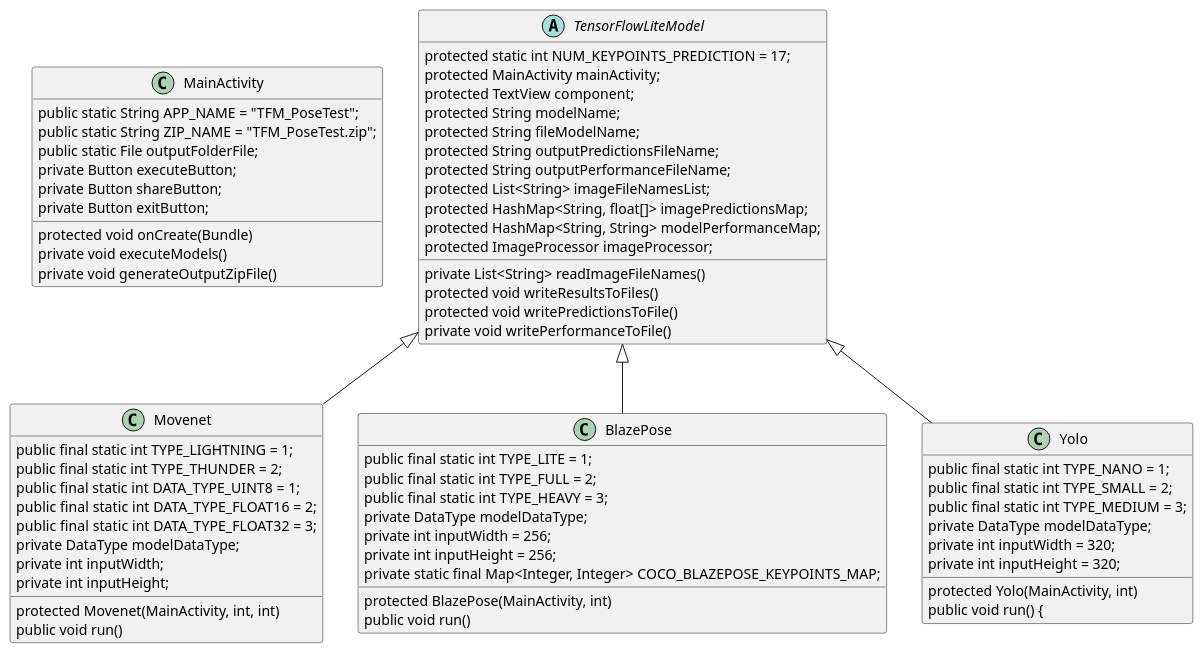
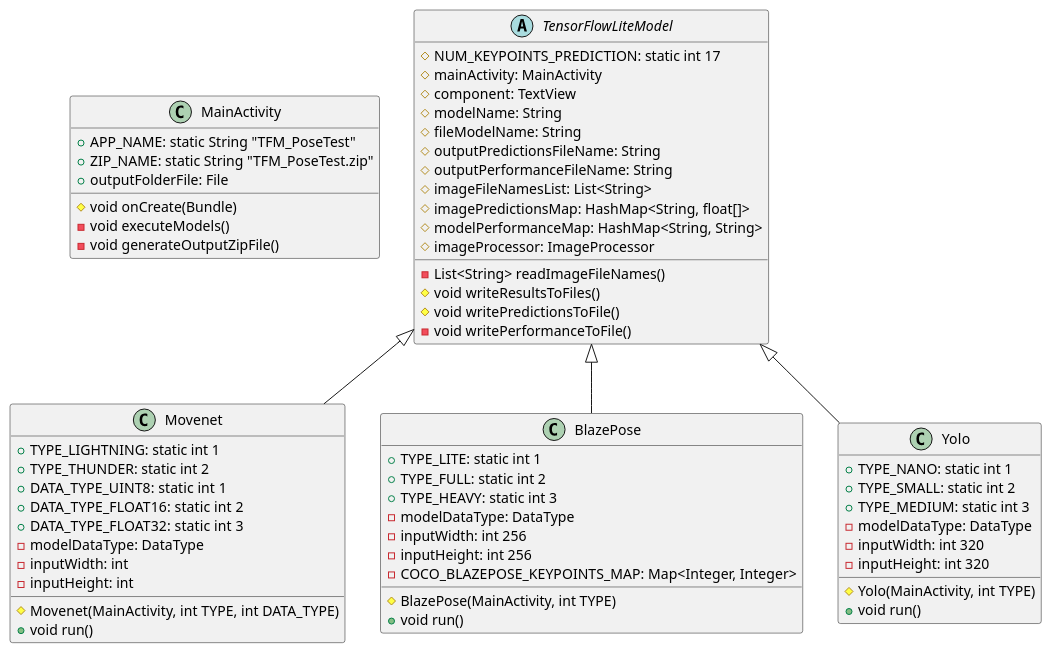
One commit to jr-gh/TFM changed the diagram in APP/TFM/app/src/main/java/ClassDiagram.puml. Above: the diagram before and after it, drawn with PlantUML.

Commit message:
Mejoras diagrama de clases

```diff
--- a/APP/TFM/app/src/main/java/ClassDiagram.puml
+++ b/APP/TFM/app/src/main/java/ClassDiagram.puml
@@ -1,75 +1,72 @@
 @startuml
 
 class MainActivity {
-    public static String APP_NAME = "TFM_PoseTest";
-    public static String ZIP_NAME = "TFM_PoseTest.zip";
-    public static File outputFolderFile;
-    private Button executeButton;
-    private Button shareButton;
-    private Button exitButton;
+    + APP_NAME: static String "TFM_PoseTest"
+    + ZIP_NAME: static String "TFM_PoseTest.zip"
+    + outputFolderFile: File
 
-    protected void onCreate(Bundle)
-    private void executeModels()
-    private void generateOutputZipFile()
+    # void onCreate(Bundle)
+    - void executeModels()
+    - void generateOutputZipFile()
 
 }
 
 abstract class TensorFlowLiteModel {
-    protected static int NUM_KEYPOINTS_PREDICTION = 17;
-    protected MainActivity mainActivity;
-    protected TextView component;
-    protected String modelName;
-    protected String fileModelName;
-    protected String outputPredictionsFileName;
-    protected String outputPerformanceFileName;
-    protected List<String> imageFileNamesList;
-    protected HashMap<String, float[]> imagePredictionsMap;
-    protected HashMap<String, String> modelPerformanceMap;
-    protected ImageProcessor imageProcessor;
+    # NUM_KEYPOINTS_PREDICTION: static int 17
+    # mainActivity: MainActivity
+    # component: TextView
+    # modelName: String
+    # fileModelName: String
+    # outputPredictionsFileName: String
+    # outputPerformanceFileName: String
+    # imageFileNamesList: List<String>
+    # imagePredictionsMap: HashMap<String, float[]>
+    # modelPerformanceMap: HashMap<String, String>
+    # imageProcessor: ImageProcessor
 
-    private List<String> readImageFileNames()
-    protected void writeResultsToFiles()
-    protected void writePredictionsToFile()
-    private void writePerformanceToFile()
+    - List<String> readImageFileNames()
+    # void writeResultsToFiles()
+    # void writePredictionsToFile()
+    - void writePerformanceToFile()
 }
 
 class Movenet extends TensorFlowLiteModel {
-    public final static int TYPE_LIGHTNING = 1;
-    public final static int TYPE_THUNDER = 2;
-    public final static int DATA_TYPE_UINT8 = 1;
-    public final static int DATA_TYPE_FLOAT16 = 2;
-    public final static int DATA_TYPE_FLOAT32 = 3;
-    private DataType modelDataType;
-    private int inputWidth;
-    private int inputHeight;
+    + TYPE_LIGHTNING: static int 1
+    + TYPE_THUNDER: static int 2
+    + DATA_TYPE_UINT8: static int 1
+    + DATA_TYPE_FLOAT16: static int 2
+    + DATA_TYPE_FLOAT32: static int 3
+    - modelDataType: DataType
+    - inputWidth: int
+    - inputHeight: int
 
-    protected Movenet(MainActivity, int, int)
-    public void run()
+    # Movenet(MainActivity, int TYPE, int DATA_TYPE)
+    + void run()
 }
 
 class BlazePose extends TensorFlowLiteModel {
-    public final static int TYPE_LITE = 1;
-    public final static int TYPE_FULL = 2;
-    public final static int TYPE_HEAVY = 3;
-    private DataType modelDataType;
-    private int inputWidth = 256;
-    private int inputHeight = 256;
-    private static final Map<Integer, Integer> COCO_BLAZEPOSE_KEYPOINTS_MAP;
+    + TYPE_LITE: static int 1
+    + TYPE_FULL: static int 2
+    + TYPE_HEAVY: static int 3
+    - modelDataType: DataType
+    - inputWidth: int 256
+    - inputHeight: int 256
+    - COCO_BLAZEPOSE_KEYPOINTS_MAP: Map<Integer, Integer>
 
-    protected BlazePose(MainActivity, int)
-    public void run()
+    # BlazePose(MainActivity, int TYPE)
+    + void run()
 }
 
 class Yolo extends TensorFlowLiteModel {
-    public final static int TYPE_NANO = 1;
-    public final static int TYPE_SMALL = 2;
-    public final static int TYPE_MEDIUM = 3;
-    private DataType modelDataType;
-    private int inputWidth = 320;
-    private int inputHeight = 320;
+    + TYPE_NANO: static int 1
+    + TYPE_SMALL: static int 2
+    + TYPE_MEDIUM: static int 3
+    - modelDataType: DataType
+    - inputWidth: int 320
+    - inputHeight: int 320
 
-    protected Yolo(MainActivity, int)
-    public void run() {
+    # Yolo(MainActivity, int TYPE)
+    + void run()
 }
 
 @enduml
```
